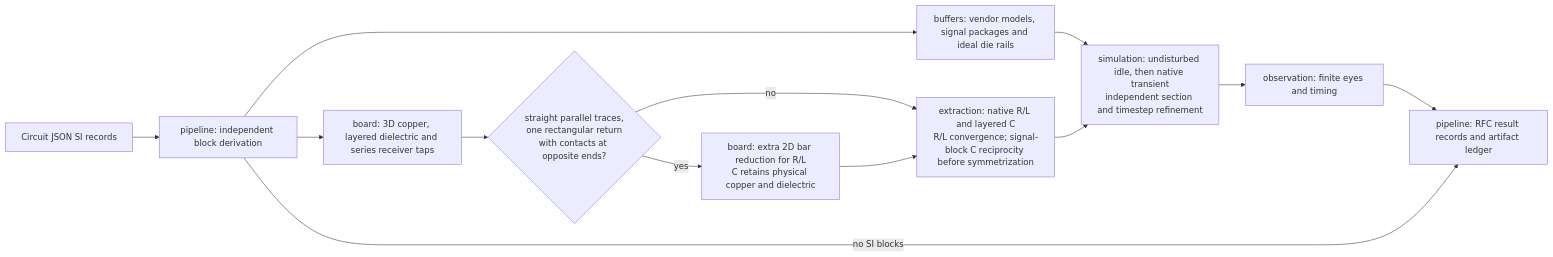
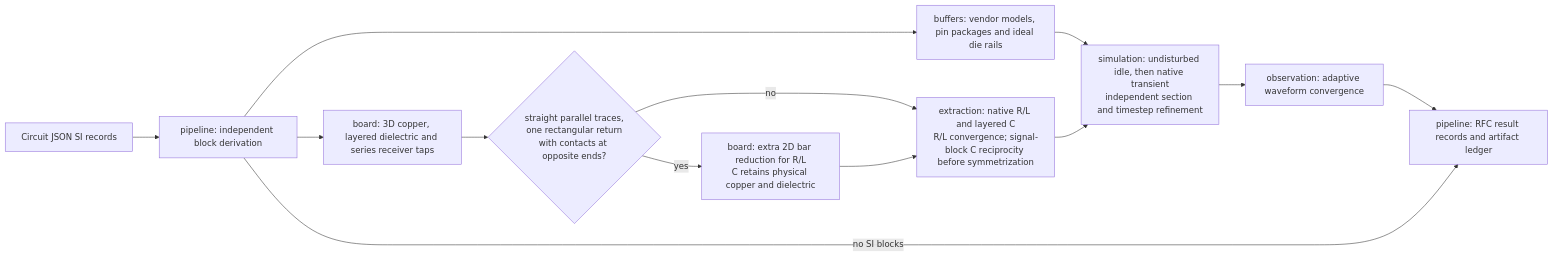
Before and after one commit to tscircuit/pcb-spice-pipeline: the first of 2 diagrams in docs/ARCHITECTURE.md, drawn with Mermaid. The commit also changed other lines of this file and 98 other files, not shown here.

````diff
--- a/docs/ARCHITECTURE.md
+++ b/docs/ARCHITECTURE.md
@@ -9,15 +9,15 @@
 ```mermaid
 flowchart LR
   source["Circuit JSON SI records"] --> derive["pipeline: independent block derivation"]
   derive --> board3d["board: 3D copper, layered dielectric and series receiver taps"]
   board3d --> check{"straight parallel traces,<br/>one rectangular return<br/>with contacts at opposite ends?"}
   check -->|"yes"| bars["board: extra 2D bar reduction for R/L<br/>C retains physical copper and dielectric"]
   check -->|"no"| extract
   bars --> extract["extraction: native R/L and layered C<br/>R/L convergence; signal-block C reciprocity before symmetrization"]
-  derive --> buffers["buffers: vendor models, signal packages and ideal die rails"]
+  derive --> buffers["buffers: vendor models, pin packages and ideal die rails"]
   buffers --> simulate["simulation: undisturbed idle, then native transient<br/>independent section and timestep refinement"]
   extract --> simulate
-  simulate --> observe["observation: finite eyes and timing"]
+  simulate --> observe["observation: adaptive waveform convergence"]
   observe --> results["pipeline: RFC result records and artifact ledger"]
   derive -->|"no SI blocks"| results
 ```
````
